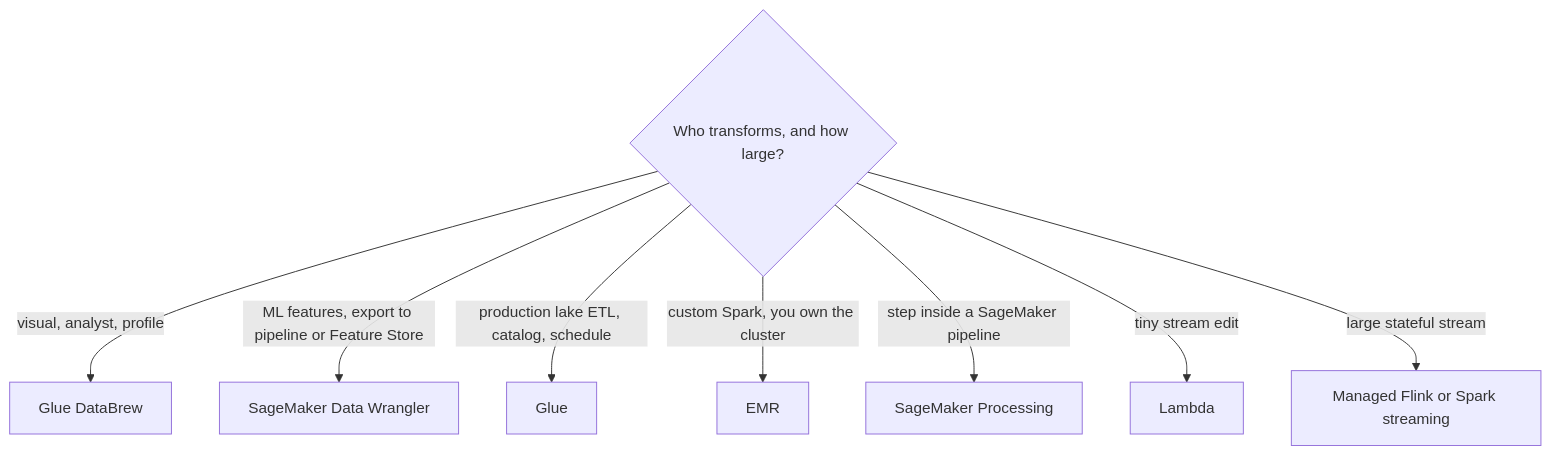
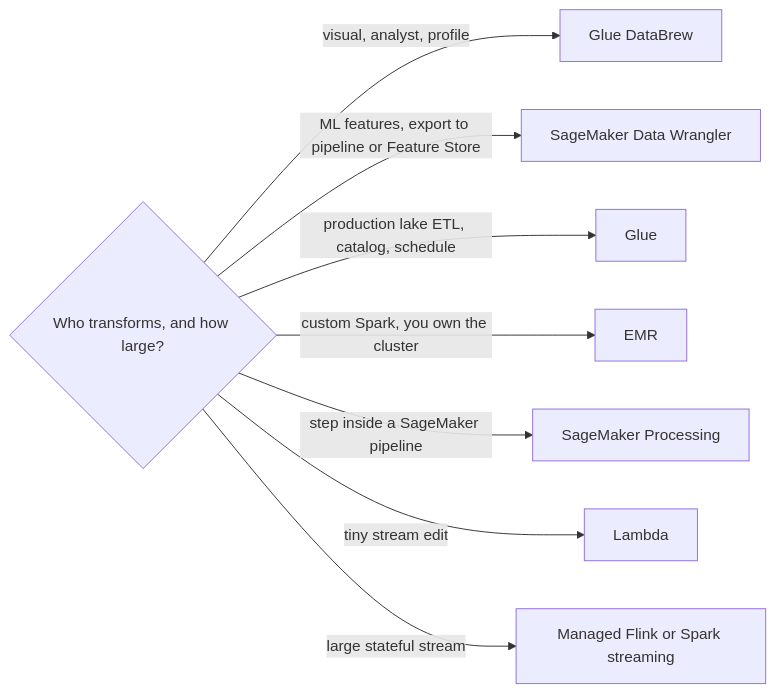
The second of 14 diagrams in docs/aws_MLA_C02/study_notes/final_cheatsheet_gk.md (monitus2022/cert_study_notes), drawn with Mermaid before and after one commit. The commit also changed other lines of this file, not shown here.

````diff
--- a/docs/aws_MLA_C02/study_notes/final_cheatsheet_gk.md
+++ b/docs/aws_MLA_C02/study_notes/final_cheatsheet_gk.md
@@ -77,10 +73,10 @@
 ```mermaid
-flowchart TD
+flowchart LR
   T{"Who transforms, and how large?"} -->|visual, analyst, profile| DB["Glue DataBrew"]
   T -->|ML features, export to pipeline or Feature Store| DW["SageMaker Data Wrangler"]
   T -->|production lake ETL, catalog, schedule| GL["Glue"]
   T -->|custom Spark, you own the cluster| EMR["EMR"]
   T -->|step inside a SageMaker pipeline| PR["SageMaker Processing"]
   T -->|tiny stream edit| LM["Lambda"]
   T -->|large stateful stream| FL["Managed Flink or Spark streaming"]
 ```
````
